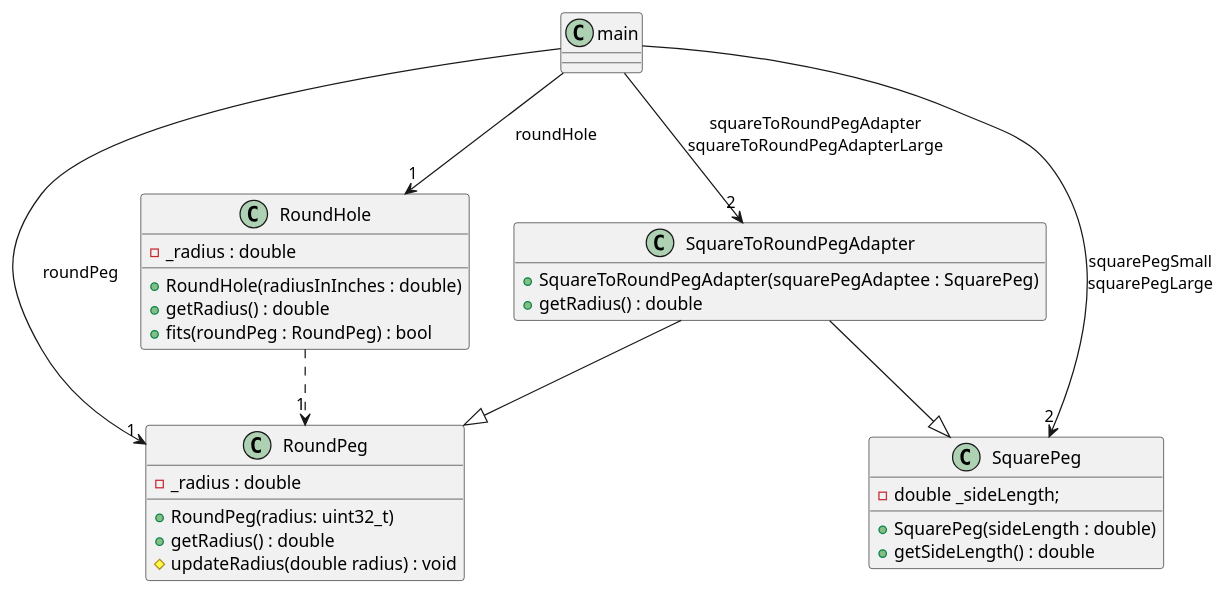
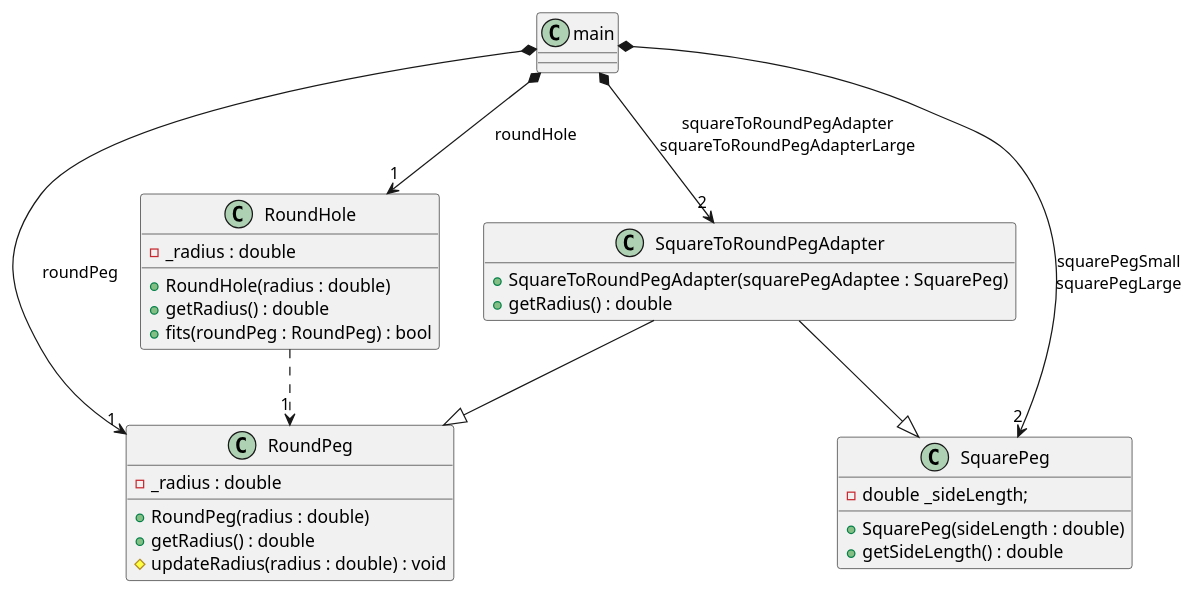
The diagram in Design_Patterns_CPP/Structural/Adapter/Class_adapter_without_reference_wrapper_without_polymorphism_with_multiple_inheritance-compile_time_CPP_14/class_adapter-class_diagram.puml (kyberdrb/CLionProjects), drawn with PlantUML before and after one commit. The commit also changed 52 other files, not shown here.

```diff
--- a/Design_Patterns_CPP/Structural/Adapter/Class_adapter_without_reference_wrapper_without_polymorphism_with_multiple_inheritance-compile_time_CPP_14/class_adapter-class_diagram.puml
+++ b/Design_Patterns_CPP/Structural/Adapter/Class_adapter_without_reference_wrapper_without_polymorphism_with_multiple_inheritance-compile_time_CPP_14/class_adapter-class_diagram.puml
@@ -1,47 +1,47 @@
 @startuml
 'https://plantuml.com/class-diagram
 
 class main
 
 class RoundHole {
-    + RoundHole(radiusInInches : double)
+    + RoundHole(radius : double)
     + getRadius() : double
     + fits(roundPeg : RoundPeg) : bool
 
     - _radius : double
 }
 
-main --> "1" RoundHole : roundHole
+main *--> "1" RoundHole : roundHole
 RoundHole ..> "1" RoundPeg
 
 class RoundPeg {
-    + RoundPeg(radius: uint32_t)
+    + RoundPeg(radius : double)
     + getRadius() : double
-    # updateRadius(double radius) : void
+    # updateRadius(radius : double) : void
 
     - _radius : double
 }
 
-main --> "1" RoundPeg : roundPeg
+main *--> "1" RoundPeg : roundPeg
 
 class SquarePeg {
     + SquarePeg(sideLength : double)
     + getSideLength() : double
 
     - double _sideLength;
 }
 
-main --> "2" SquarePeg : squarePegSmall\nsquarePegLarge
+main *--> "2" SquarePeg : squarePegSmall\nsquarePegLarge
 
 class SquareToRoundPegAdapter {
     + SquareToRoundPegAdapter(squarePegAdaptee : SquarePeg)
     + getRadius() : double
 }
 
 hide SquareToRoundPegAdapter fields
 
-main --> "2" SquareToRoundPegAdapter : squareToRoundPegAdapter\nsquareToRoundPegAdapterLarge
+main *--> "2" SquareToRoundPegAdapter : squareToRoundPegAdapter\nsquareToRoundPegAdapterLarge
 SquareToRoundPegAdapter --|> RoundPeg
 SquareToRoundPegAdapter --|> SquarePeg
 
 @enduml
```
